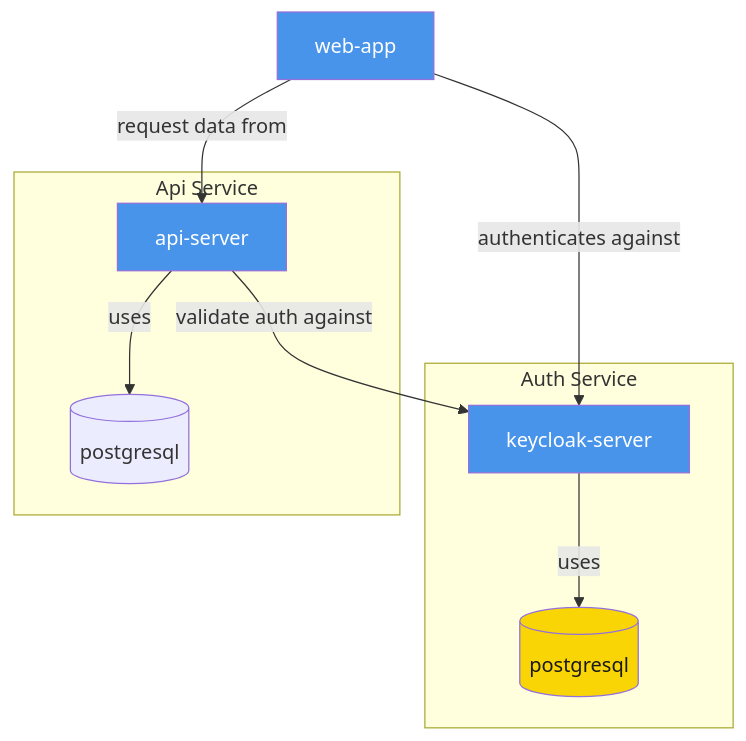
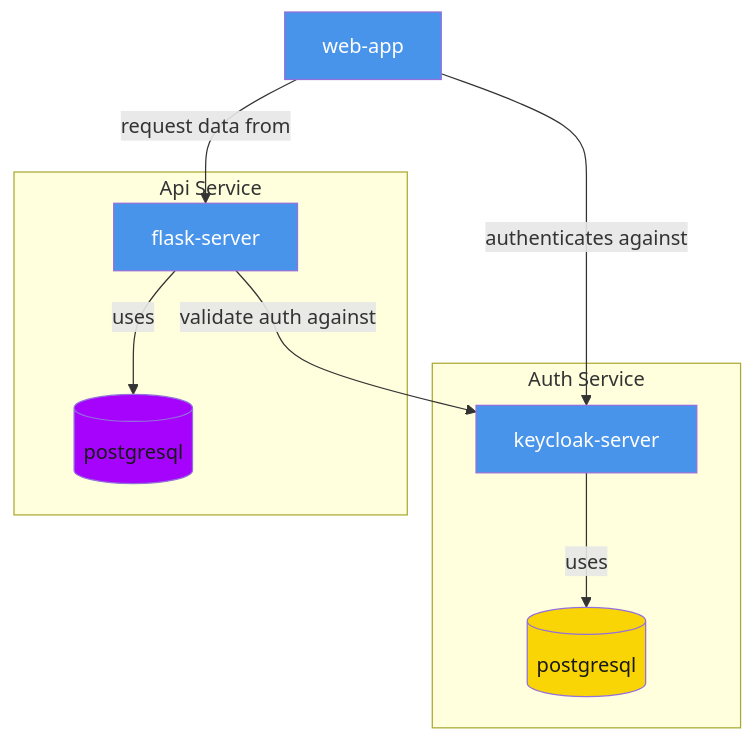
Before and after one commit to darkaico/keycloak-poc: the diagram in README.md, drawn with Mermaid. The commit also changed other lines of this file and 4 other files, not shown here.

````diff
--- a/README.md
+++ b/README.md
@@ -5,20 +11,20 @@
 ```mermaid
 flowchart TB
     subgraph  Auth Service
         db[(postgresql)]:::db
         keycloak-server:::is -- uses --> db[(postgresql)]:::db
     end
 
     subgraph  Api Service
         db-api[(postgresql)]:::db-api
-        api-server:::is -- uses --> db-api[(postgresql)]:::db-api
+        flask-server:::is -- uses --> db-api[(postgresql)]:::db-api
     end
 
     web-app:::is -- authenticates against --> keycloak-server:::is
-    web-app:::is -- request data from --> api-server:::is
-    api-server:::is -- validate auth against --> keycloak-server:::is
+    web-app:::is -- request data from --> flask-server:::is
+    flask-server:::is -- validate auth against --> keycloak-server:::is
 
     classDef is fill:#4994eb, color:#ffffff;
-    classDef keycloak-server fill:#36c97d, color:#191919;
     classDef db fill:#fad505, color:#191919;
+    classDef db-api fill:#a503fc, color:#191919;
 ```
````
